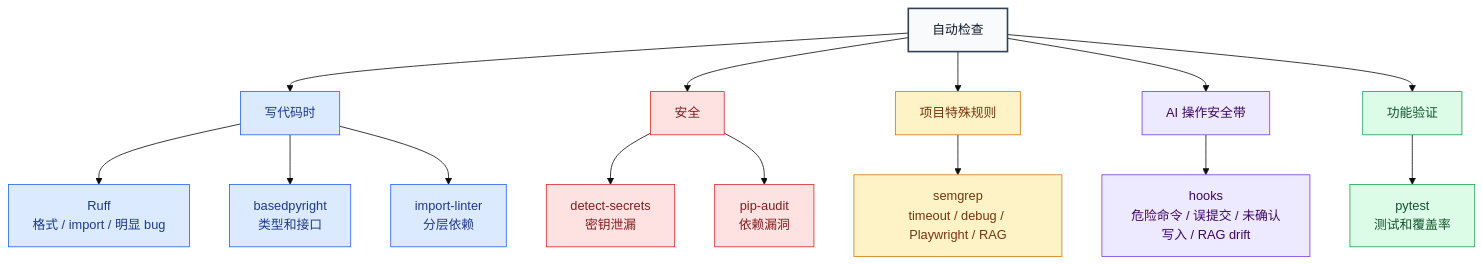
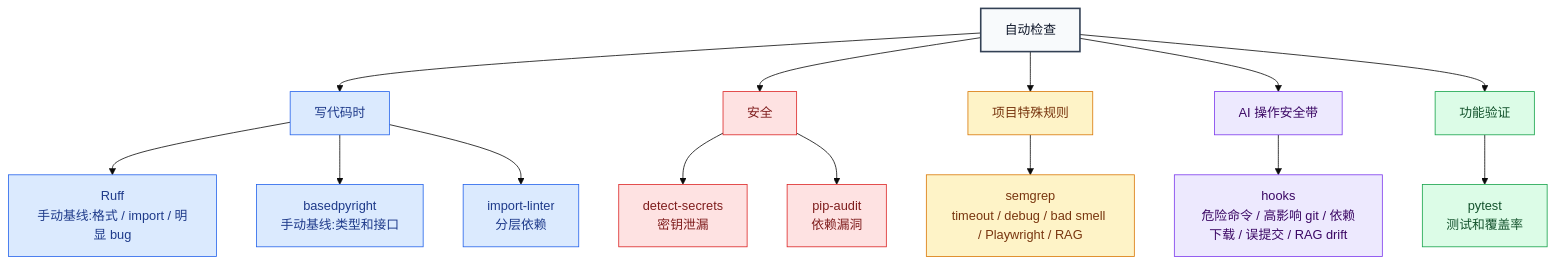
The diagram in docs/TOOLING_CONTRACTS.md (320432893-cell/on-call-assistant), drawn with Mermaid (base theme) before and after one commit. The commit also changed other lines of this file and 106 other files, not shown here.

````diff
--- a/docs/TOOLING_CONTRACTS.md
+++ b/docs/TOOLING_CONTRACTS.md
@@ -13,36 +13,36 @@
 ```mermaid
 flowchart TD
     ROOT[自动检查]
 
     ROOT --> CODE[写代码时]
-    CODE --> RUFF[Ruff<br/>格式 / import / 明显 bug]
-    CODE --> TYPE[basedpyright<br/>类型和接口]
+    CODE --> RUFF[Ruff<br/>手动基线:格式 / import / 明显 bug]
+    CODE --> TYPE[basedpyright<br/>手动基线:类型和接口]
     CODE --> LAYER[import-linter<br/>分层依赖]
 
     ROOT --> SAFE[安全]
     SAFE --> SECRET[detect-secrets<br/>密钥泄漏]
     SAFE --> AUDIT[pip-audit<br/>依赖漏洞]
 
     ROOT --> PROJECT[项目特殊规则]
-    PROJECT --> SEMGREP[semgrep<br/>timeout / debug / Playwright / RAG]
+    PROJECT --> SEMGREP[semgrep<br/>timeout / debug / bad smell / Playwright / RAG]
 
     ROOT --> AI[AI 操作安全带]
-    AI --> HOOKS[hooks<br/>危险命令 / 误提交 / 未确认写入 / RAG drift]
+    AI --> HOOKS[hooks<br/>危险命令 / 高影响 git / 依赖下载 / 误提交 / RAG drift]
 
     ROOT --> TEST[功能验证]
     TEST --> PYTEST[pytest<br/>测试和覆盖率]
 
     classDef root fill:#f8fafc,stroke:#334155,stroke-width:2px,color:#0f172a
     classDef code fill:#dbeafe,stroke:#2563eb,color:#1e3a8a
     classDef safe fill:#fee2e2,stroke:#dc2626,color:#7f1d1d
     classDef project fill:#fef3c7,stroke:#d97706,color:#78350f
     classDef ai fill:#ede9fe,stroke:#7c3aed,color:#3b0764
     classDef test fill:#dcfce7,stroke:#16a34a,color:#14532d
 
     class ROOT root
     class CODE,RUFF,TYPE,LAYER code
     class SAFE,SECRET,AUDIT safe
     class PROJECT,SEMGREP project
     class AI,HOOKS ai
     class TEST,PYTEST test
 ```
````
